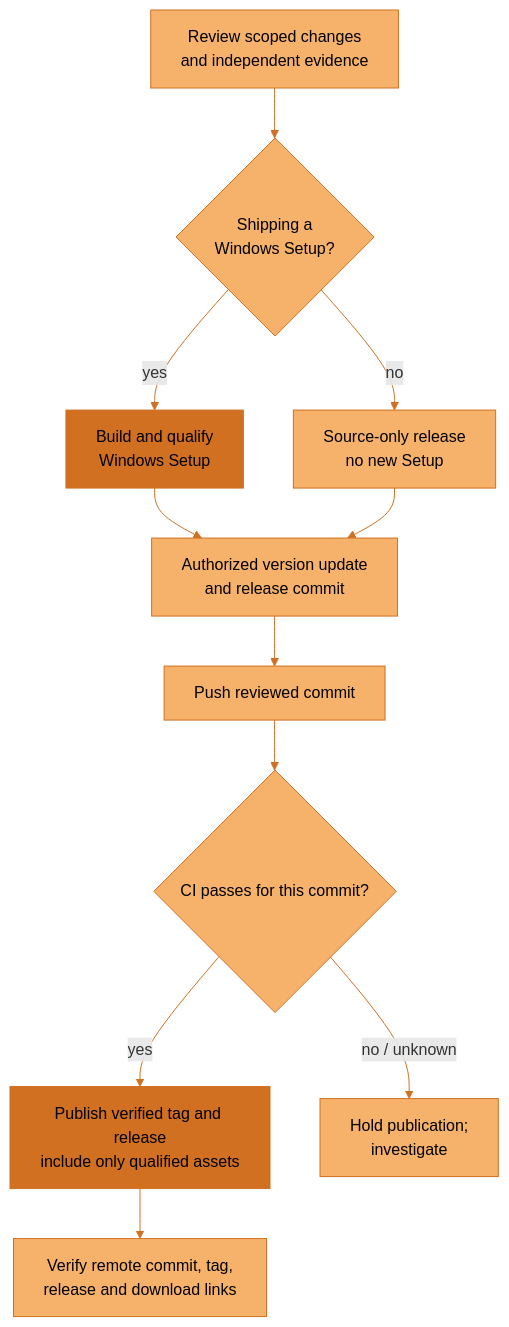
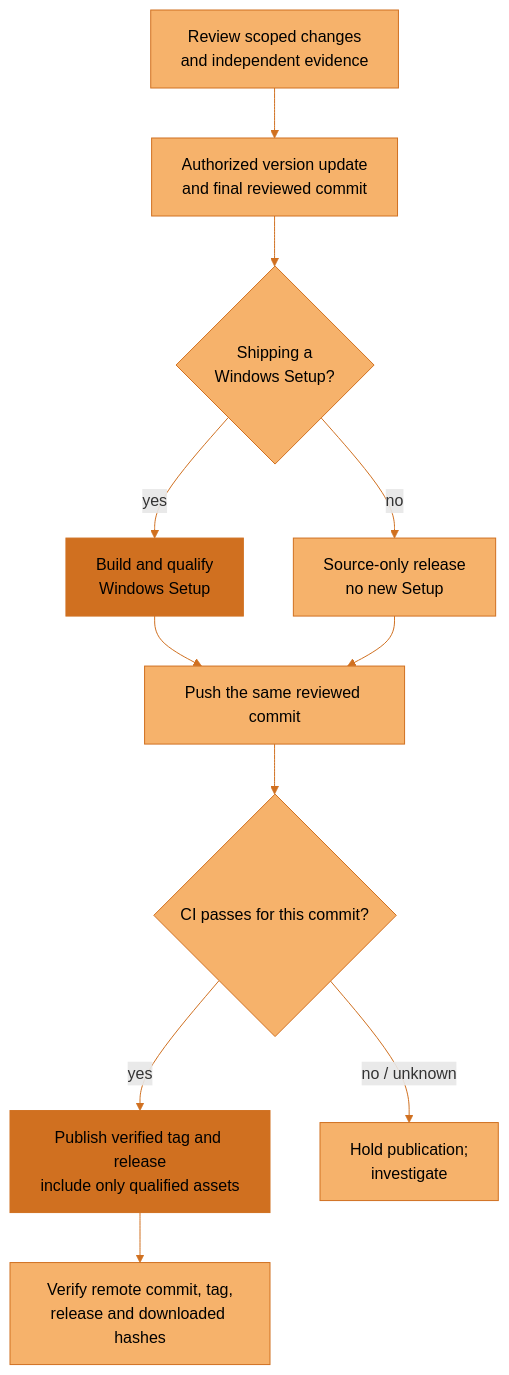
Diagram 11 of 11 in docs/architecture/overview.md (JosephOIbrahim/Synapse), drawn with Mermaid before and after one commit. The commit also changed other lines of this file and 8 other files, not shown here.

First line of the commit message:
docs: align user guides and diagrams with published 5.97.5

````diff
--- a/docs/architecture/overview.md
+++ b/docs/architecture/overview.md
@@ -343,19 +374,19 @@
 ```mermaid
 flowchart TD
     accTitle: Publish only the reviewed and checked release commit
-    accDescr: Review changes and independent evidence, prepare an authorized version commit, push it, and require CI for that exact commit. Choose source-only publication or build and qualify a Windows Setup from the reviewed tree before the release commit. Publish the tag and release only after exact-commit CI passes; include Setup and checksums only for the installer path. Then verify the remote references, release state and any download links.
-    A["Review scoped changes<br/>and independent evidence"] --> K{"Shipping a<br/>Windows Setup?"}
+    accDescr: Review scoped changes and independent evidence, then prepare the authorized final version commit. If shipping an installer, build and qualify it from that exact clean commit and bind its hashes. Push that commit and require exact-commit CI. Publish only after both CI and artifact qualification pass. Any later source change repeats the relevant gates. Verify the remote references and downloaded asset bytes; existing tags and assets are preserved.
+    A["Review scoped changes<br/>and independent evidence"] --> B["Authorized version update<br/>and final reviewed commit"]
+    B --> K{"Shipping a<br/>Windows Setup?"}
     K -->|"yes"| I["Build and qualify<br/>Windows Setup"]
     K -->|"no"| O["Source-only release<br/>no new Setup"]
-    I --> B["Authorized version update<br/>and release commit"]
-    O --> B
-    B --> P["Push reviewed commit"]
+    I --> P["Push the same reviewed commit"]
+    O --> P
     P --> C{"CI passes for this commit?"}
     C -->|"yes"| T["Publish verified tag and release<br/>include only qualified assets"]
     C -->|"no / unknown"| H["Hold publication;<br/>investigate"]
-    T --> V["Verify remote commit, tag,<br/>release and download links"]
+    T --> V["Verify remote commit, tag,<br/>release and downloaded hashes"]
     classDef default fill:#F6B26B,stroke:#D07020,color:#000000
     classDef synapse fill:#D07020,stroke:#D07020,color:#000000
     class I,T synapse
     linkStyle default stroke:#D07020
 ```
````
